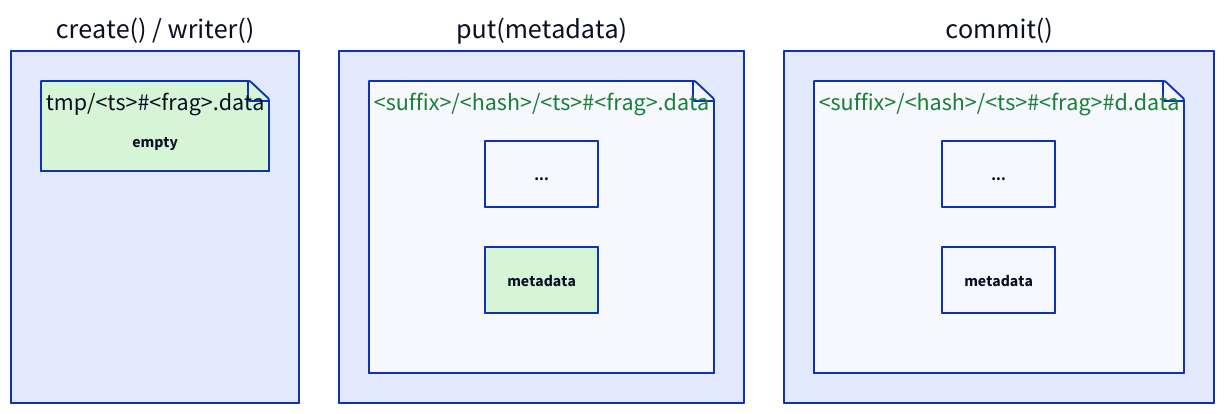
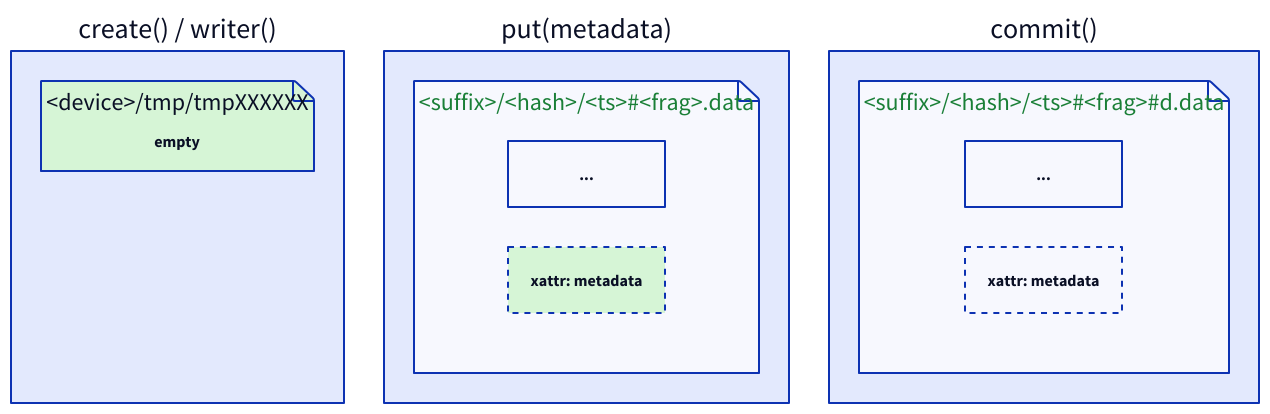
One commit to davidsaOpenu/swiftacular changed the diagram in presentations/object-server/graphs/slide12.d2. Above: the diagram before and after it, drawn with D2. The commit also changed 13 other files, not shown here.

```diff
--- a/presentations/object-server/graphs/slide12.d2
+++ b/presentations/object-server/graphs/slide12.d2
@@ -1,32 +1,32 @@
 direction: right
 grid-rows: 1
 
 c: "create() / writer()" {
-  f: "tmp/<ts>#<frag>.data" {
+  f: "<device>/tmp/tmpXXXXXX" {
     grid-rows: 3
     shape: page
     style.fill: "#d6f5d6"
     height: 90
     empty: "empty" {height: 0}
   }
 }
 
 p: "put(metadata)" {
   f: "<suffix>/<hash>/<ts>#<frag>.data" {
     grid-rows: 3
     shape: page
     style.font-color: "#1a7f37"
     body: "..."
-    m: "metadata" {style.fill: "#d6f5d6"}
+    m: "xattr: metadata" {style.fill: "#d6f5d6"; style.stroke-dash: 3}
   }
 }
 
 cm: "commit()" {
   f: "<suffix>/<hash>/<ts>#<frag>#d.data" {
     grid-rows: 3
     style.font-color: "#1a7f37"
     shape: page
     body: "..."
-    m: "metadata"
+    m: "xattr: metadata" {style.stroke-dash: 3}
   }
 }
```
